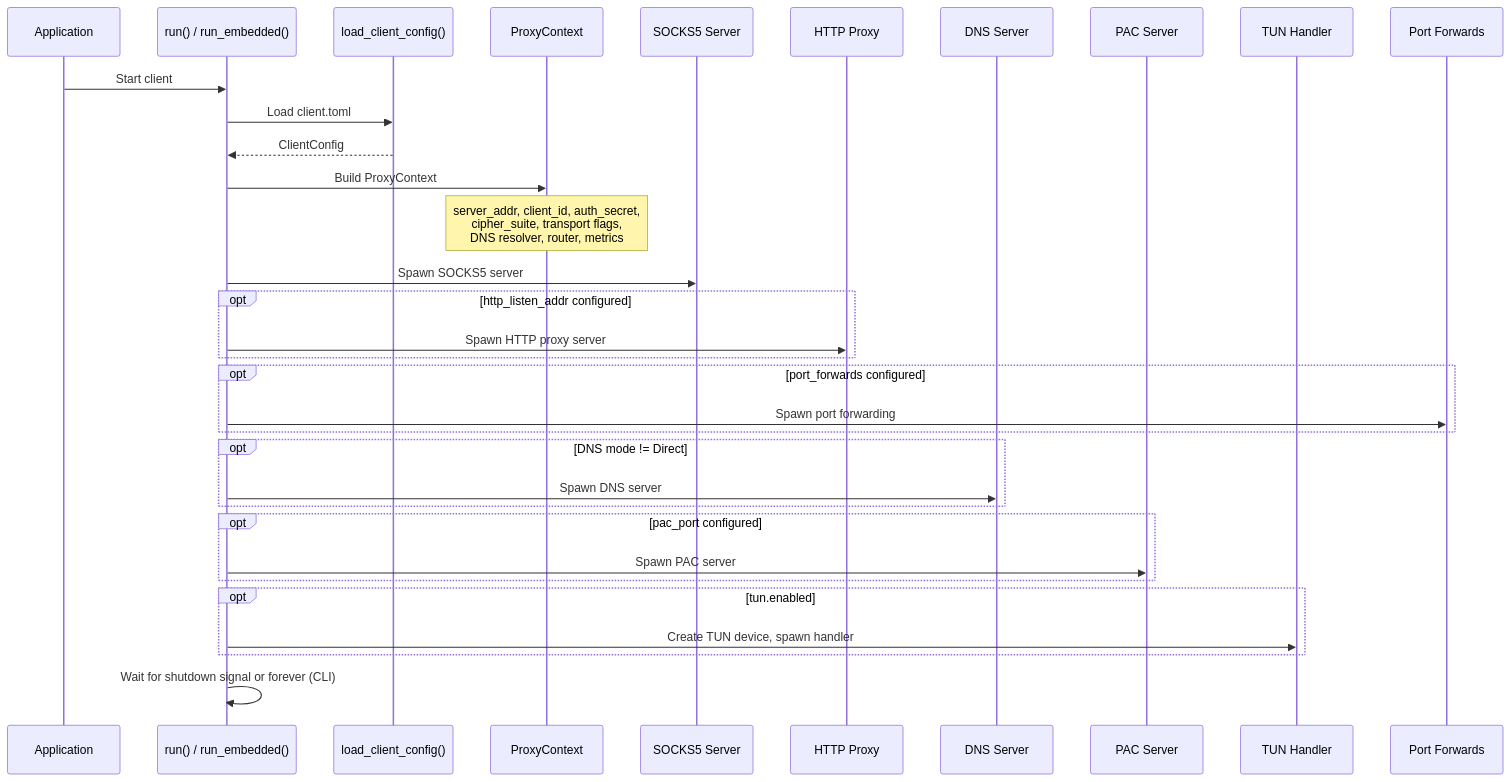
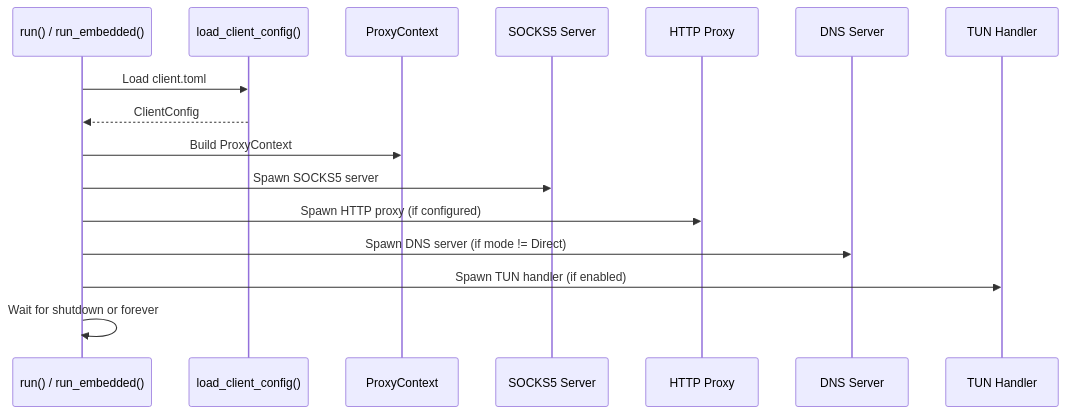
Before and after one commit to prisma-proxy/prisma: the diagram in prisma-docs/dev/prisma-client.md, drawn with Mermaid. The commit also changed other lines of this file and 37 other files, not shown here.

First line of the commit message:
docs: rewrite guide with 30+ Mermaid diagrams, fix multi-instance config

````diff
--- a/prisma-docs/dev/prisma-client.md
+++ b/prisma-docs/dev/prisma-client.md
@@ -11,38 +15,19 @@
 ```mermaid
 sequenceDiagram
-    participant App as Application
     participant Run as run() / run_embedded()
     participant Config as load_client_config()
     participant Ctx as ProxyContext
     participant SOCKS as SOCKS5 Server
     participant HTTP as HTTP Proxy
     participant DNS as DNS Server
-    participant PAC as PAC Server
     participant TUN as TUN Handler
-    participant FWD as Port Forwards
 
-    App->>Run: Start client
     Run->>Config: Load client.toml
     Config-->>Run: ClientConfig
     Run->>Ctx: Build ProxyContext
-    Note over Ctx: server_addr, client_id, auth_secret,<br/>cipher_suite, transport flags,<br/>DNS resolver, router, metrics
-
     Run->>SOCKS: Spawn SOCKS5 server
-    opt http_listen_addr configured
-        Run->>HTTP: Spawn HTTP proxy server
-    end
-    opt port_forwards configured
-        Run->>FWD: Spawn port forwarding
-    end
-    opt DNS mode != Direct
-        Run->>DNS: Spawn DNS server
-    end
-    opt pac_port configured
-        Run->>PAC: Spawn PAC server
-    end
-    opt tun.enabled
-        Run->>TUN: Create TUN device, spawn handler
-    end
-
-    Run->>Run: Wait for shutdown signal or forever (CLI)
+    Run->>HTTP: Spawn HTTP proxy (if configured)
+    Run->>DNS: Spawn DNS server (if mode != Direct)
+    Run->>TUN: Spawn TUN handler (if enabled)
+    Run->>Run: Wait for shutdown or forever
 ```
````
